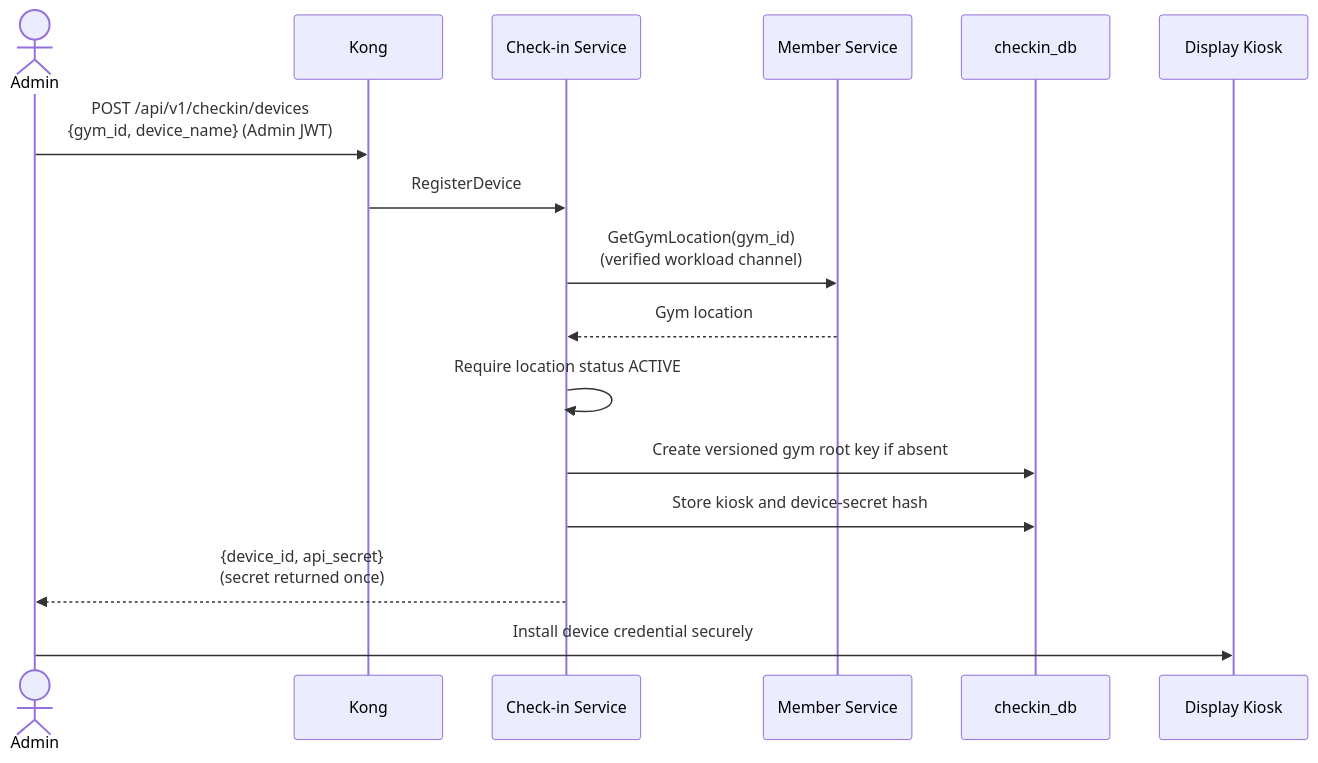
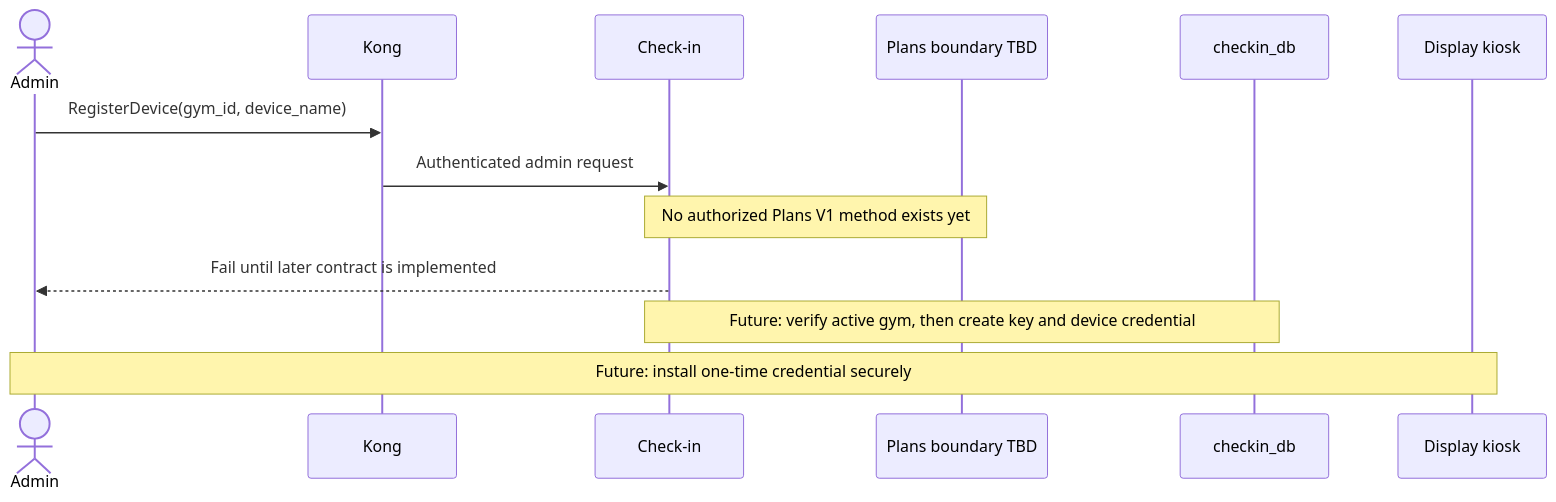
The first of 2 diagrams in services/06-ms-gym-checkin.md (pploc/gym-architect), drawn with Mermaid before and after one commit. The commit also changed other lines of this file and 16 other files, not shown here.

First line of the commit message:
docs: freeze Plans split roadmap through G8

````diff
--- a/services/06-ms-gym-checkin.md
+++ b/services/06-ms-gym-checkin.md
@@ -35,19 +42,16 @@
 ```mermaid
 sequenceDiagram
     actor A as Admin
     participant K as Kong
-    participant CS as Check-in Service
-    participant MS as Member Service
+    participant CS as Check-in
+    participant PL as Plans boundary TBD
     participant DB as checkin_db
-    participant D as Display Kiosk
+    participant D as Display kiosk
 
-    A->>K: POST /api/v1/checkin/devices<br/>{gym_id, device_name} (Admin JWT)
-    K->>CS: RegisterDevice
-    CS->>MS: GetGymLocation(gym_id)<br/>(verified workload channel)
-    MS-->>CS: Gym location
-    CS->>CS: Require location status ACTIVE
-    CS->>DB: Create versioned gym root key if absent
-    CS->>DB: Store kiosk and device-secret hash
-    CS-->>A: {device_id, api_secret}<br/>(secret returned once)
-    A->>D: Install device credential securely
+    A->>K: RegisterDevice(gym_id, device_name)
+    K->>CS: Authenticated admin request
+    Note over CS,PL: No authorized Plans V1 method exists yet
+    CS-->>A: Fail until later contract is implemented
+    Note over CS,DB: Future: verify active gym, then create key and device credential
+    Note over A,D: Future: install one-time credential securely
 ```
````
